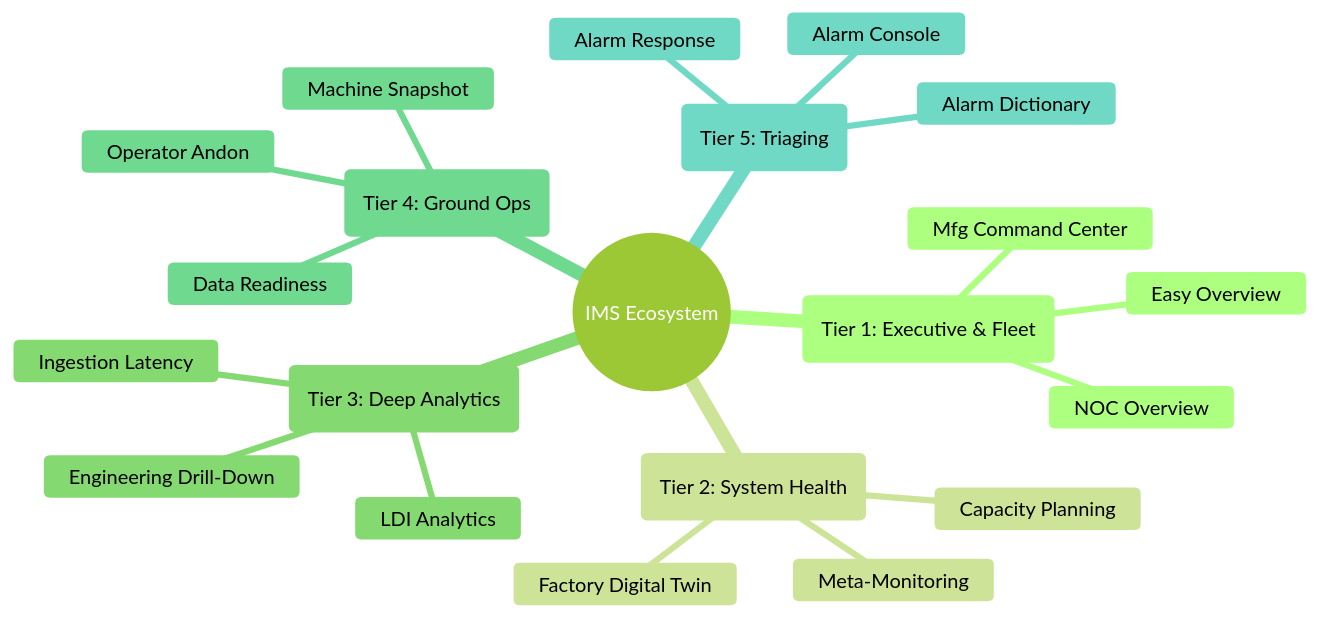
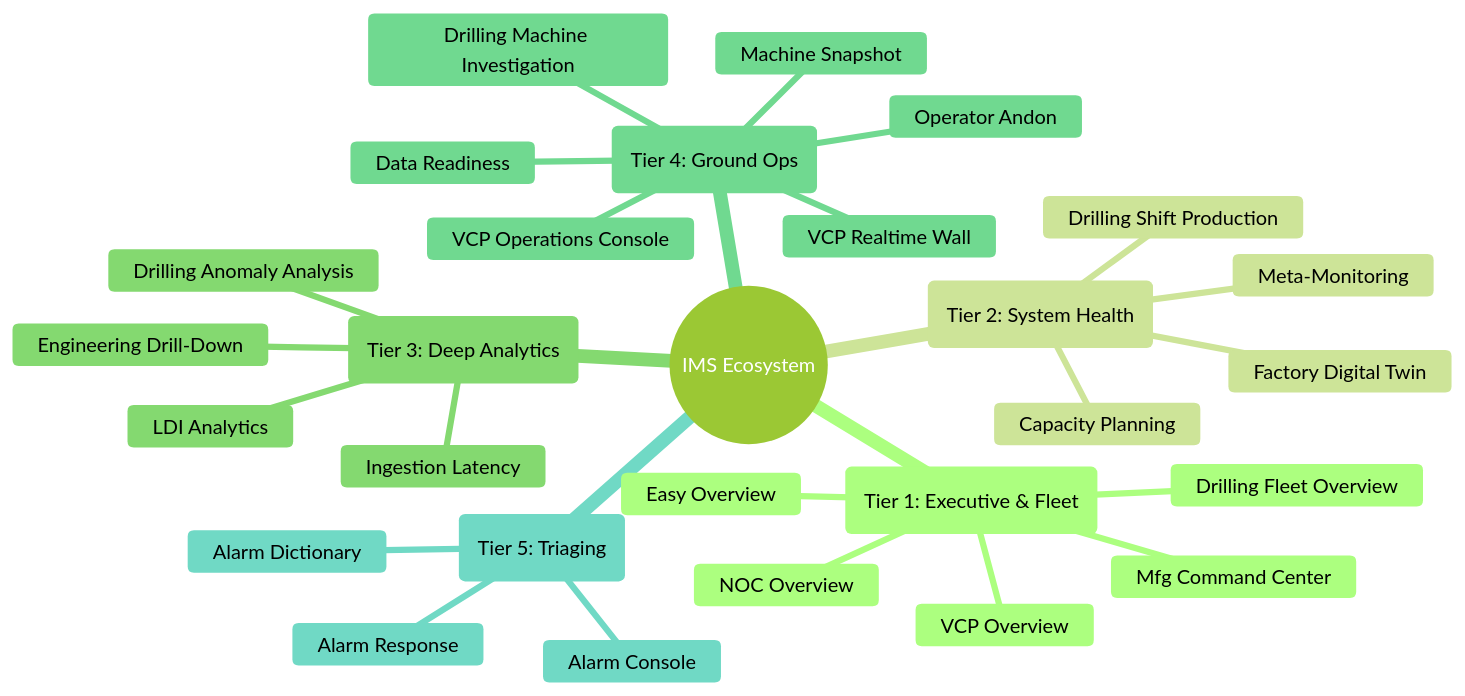
Before and after one commit to PATTANAKORN025/IMS: the diagram in docs/product/DASHBOARD_ECOSYSTEM.md, drawn with Mermaid (forest theme). The commit also changed other lines of this file and 11 other files, not shown here.

Commit message:
docs: align architecture, ecosystem topology, and product domains to 22 dashboards across en/th/zh-CN

````diff
--- a/docs/product/DASHBOARD_ECOSYSTEM.md
+++ b/docs/product/DASHBOARD_ECOSYSTEM.md
@@ -18,24 +18,31 @@
 ```mermaid
 mindmap
   root((IMS Ecosystem))
     Macro(Tier 1: Executive & Fleet)
       Easy Overview
       NOC Overview
       Mfg Command Center
+      Drilling Fleet Overview
+      VCP Overview
     Predictive(Tier 2: System Health)
       Factory Digital Twin
       Capacity Planning
       Meta-Monitoring
+      Drilling Shift Production
     Engineering(Tier 3: Deep Analytics)
       Engineering Drill-Down
       LDI Analytics
       Ingestion Latency
+      Drilling Anomaly Analysis
     Tactical(Tier 4: Ground Ops)
       Machine Snapshot
       Operator Andon
       Data Readiness
+      Drilling Machine Investigation
+      VCP Realtime Wall
+      VCP Operations Console
     Incident(Tier 5: Triaging)
       Alarm Console
       Alarm Response
       Alarm Dictionary
 ```
````
